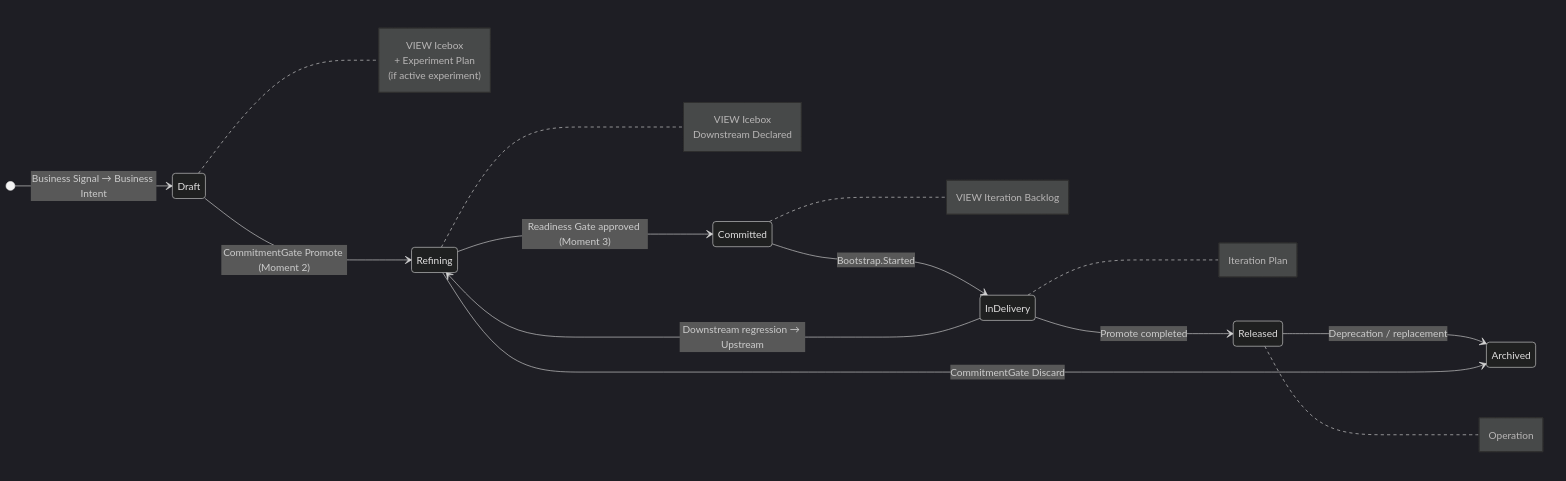
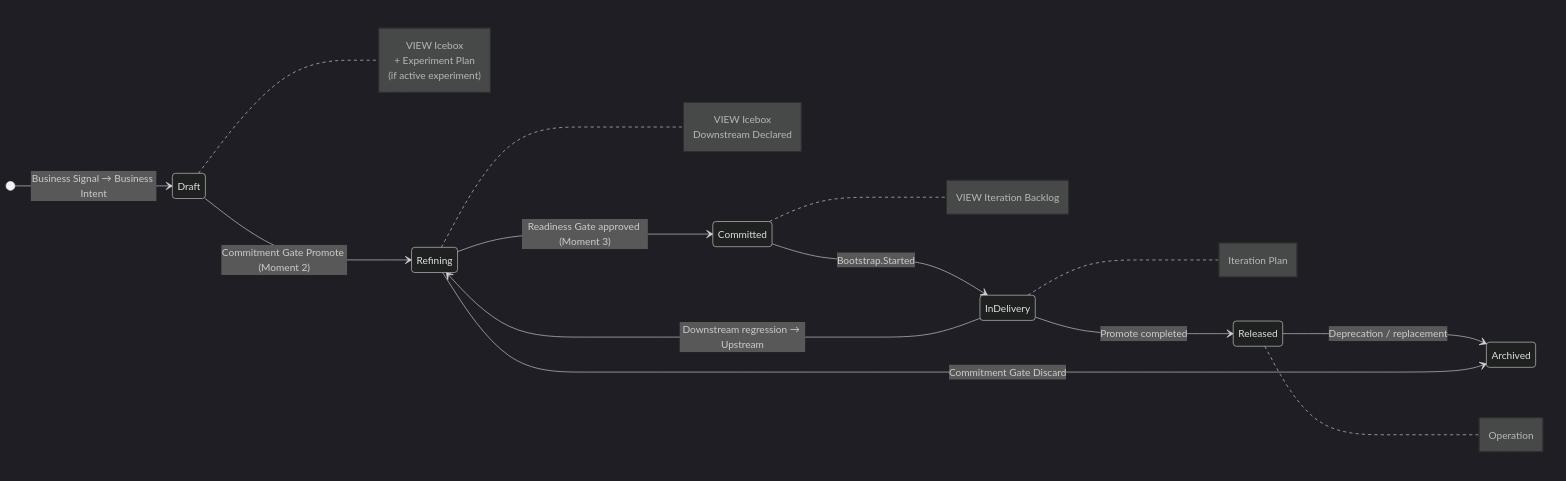
The first of 2 diagrams in en/chapter-08.md (produtoreativo/from-intent-to-outcome), drawn with Mermaid (dark theme) before and after one commit. The commit also changed other lines of this file and 26 other files, not shown here.

````diff
--- a/en/chapter-08.md
+++ b/en/chapter-08.md
@@ -46,31 +46,31 @@
 ```mermaid
 stateDiagram-v2
     direction LR
     [*] --> Draft : Business Signal → Business Intent
-    Draft --> Refining : CommitmentGate Promote (Moment 2)
+    Draft --> Refining : Commitment Gate Promote (Moment 2)
     Refining --> Committed : Readiness Gate approved (Moment 3)
     Committed --> InDelivery : Bootstrap.Started
     InDelivery --> Released : Promote completed
     Released --> Archived : Deprecation / replacement
-    Refining --> Archived : CommitmentGate Discard
+    Refining --> Archived : Commitment Gate Discard
     InDelivery --> Refining : Downstream regression → Upstream
 
     note right of Draft
         VIEW Icebox
         + Experiment Plan
         (if active experiment)
     end note
     note right of Refining
         VIEW Icebox
         Downstream Declared
     end note
     note right of Committed
         VIEW Iteration Backlog
     end note
     note right of InDelivery
         Iteration Plan
     end note
     note right of Released
         Operation
     end note
 ```
````
